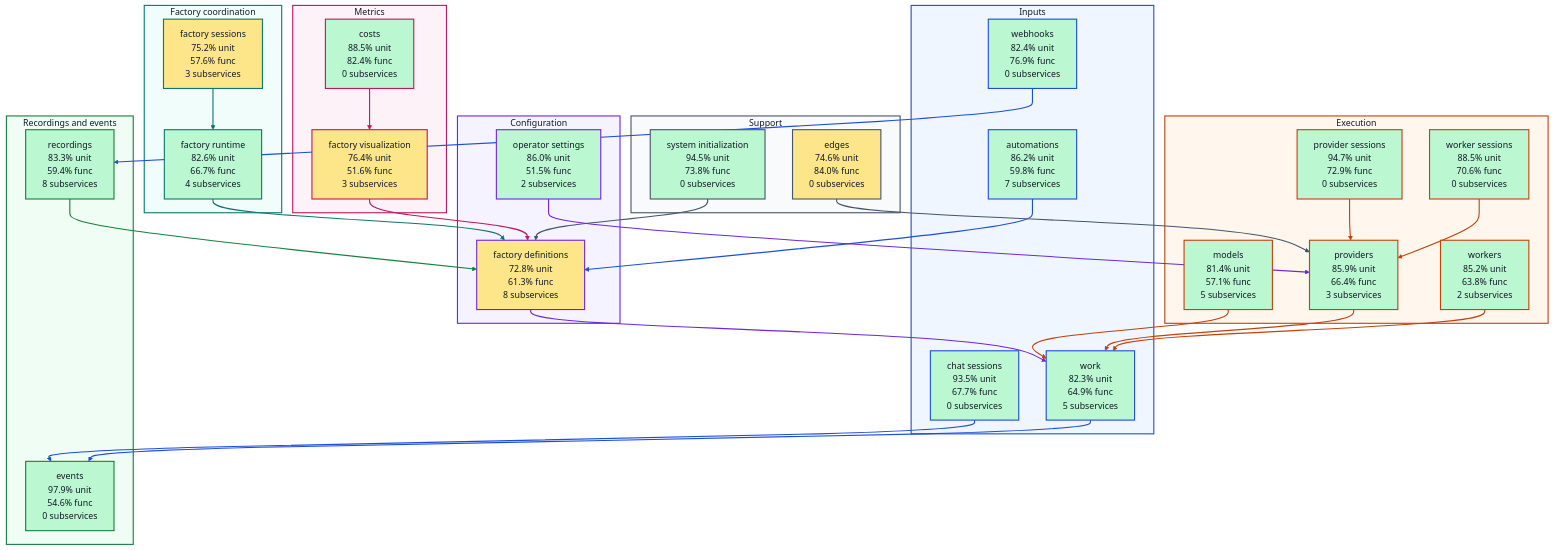
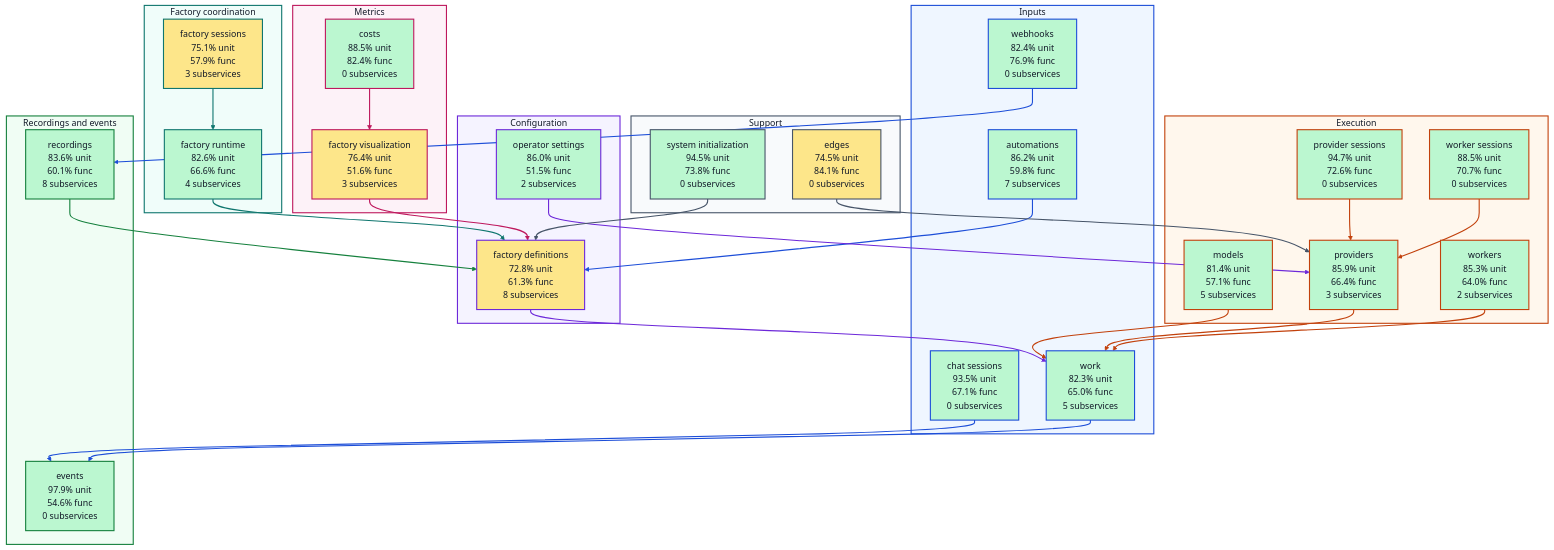
Before and after one commit to portpowered/you-agent-factory: the diagram in docs/architecture/visualizations/high-level-test-coverage.md, drawn with Mermaid. The commit also changed other lines of this file and 20 other files, not shown here.

Commit message:
docs: refresh backend architecture visualizations

```diff
--- a/docs/architecture/visualizations/high-level-test-coverage.md
+++ b/docs/architecture/visualizations/high-level-test-coverage.md
@@ -12,35 +12,35 @@
 flowchart TB
   subgraph input["Inputs"]
     s_services_automations["automations<br/>86.2% unit<br/>59.8% func<br/>7 subservices"]
-    s_services_chat_sessions["chat sessions<br/>93.5% unit<br/>67.7% func<br/>0 subservices"]
+    s_services_chat_sessions["chat sessions<br/>93.5% unit<br/>67.1% func<br/>0 subservices"]
     s_services_webhooks["webhooks<br/>82.4% unit<br/>76.9% func<br/>0 subservices"]
-    s_services_work["work<br/>82.3% unit<br/>64.9% func<br/>5 subservices"]
+    s_services_work["work<br/>82.3% unit<br/>65.0% func<br/>5 subservices"]
   end
   subgraph configuration["Configuration"]
     s_services_factory_definitions["factory definitions<br/>72.8% unit<br/>61.3% func<br/>8 subservices"]
     s_services_operator_settings["operator settings<br/>86.0% unit<br/>51.5% func<br/>2 subservices"]
   end
   subgraph coordination["Factory coordination"]
-    s_services_factory_runtime["factory runtime<br/>82.6% unit<br/>66.7% func<br/>4 subservices"]
-    s_services_factory_sessions["factory sessions<br/>75.2% unit<br/>57.6% func<br/>3 subservices"]
+    s_services_factory_runtime["factory runtime<br/>82.6% unit<br/>66.6% func<br/>4 subservices"]
+    s_services_factory_sessions["factory sessions<br/>75.1% unit<br/>57.9% func<br/>3 subservices"]
   end
   subgraph execution["Execution"]
     s_services_models["models<br/>81.4% unit<br/>57.1% func<br/>5 subservices"]
-    s_services_provider_sessions["provider sessions<br/>94.7% unit<br/>72.9% func<br/>0 subservices"]
+    s_services_provider_sessions["provider sessions<br/>94.7% unit<br/>72.6% func<br/>0 subservices"]
     s_services_providers["providers<br/>85.9% unit<br/>66.4% func<br/>3 subservices"]
-    s_services_worker_sessions["worker sessions<br/>88.5% unit<br/>70.6% func<br/>0 subservices"]
-    s_services_workers["workers<br/>85.2% unit<br/>63.8% func<br/>2 subservices"]
+    s_services_worker_sessions["worker sessions<br/>88.5% unit<br/>70.7% func<br/>0 subservices"]
+    s_services_workers["workers<br/>85.3% unit<br/>64.0% func<br/>2 subservices"]
   end
   subgraph recordings["Recordings and events"]
     s_services_events["events<br/>97.9% unit<br/>54.6% func<br/>0 subservices"]
-    s_services_recordings["recordings<br/>83.3% unit<br/>59.4% func<br/>8 subservices"]
+    s_services_recordings["recordings<br/>83.6% unit<br/>60.1% func<br/>8 subservices"]
   end
   subgraph metrics["Metrics"]
     s_services_costs["costs<br/>88.5% unit<br/>82.4% func<br/>0 subservices"]
     s_services_factory_visualization["factory visualization<br/>76.4% unit<br/>51.6% func<br/>3 subservices"]
   end
   subgraph support["Support"]
-    s_services_edges["edges<br/>74.6% unit<br/>84.0% func<br/>0 subservices"]
+    s_services_edges["edges<br/>74.5% unit<br/>84.1% func<br/>0 subservices"]
     s_services_system_initialization["system initialization<br/>94.5% unit<br/>73.8% func<br/>0 subservices"]
   end
   s_services_automations --> s_services_factory_definitions
```
